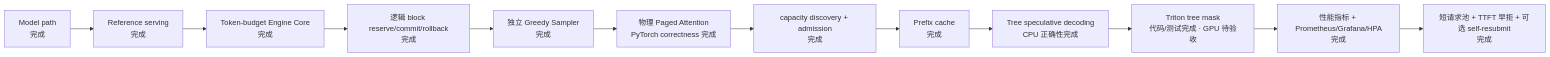
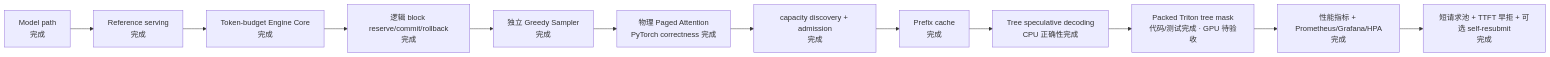
One commit to poorpaper/light-vllm changed the third of 3 diagrams in docs/design.md. Above: the diagram before and after it, drawn with Mermaid. The commit also changed other lines of this file and 18 other files, not shown here.

````diff
--- a/docs/design.md
+++ b/docs/design.md
@@ -381,14 +383,14 @@
 ```mermaid
 flowchart LR
     Model["Model path<br/>完成"] --> Serving["Reference serving<br/>完成"]
     Serving --> Core["Token-budget Engine Core<br/>完成"]
     Core --> Logical["逻辑 block reserve/commit/rollback<br/>完成"]
     Logical --> Sampling["独立 Greedy Sampler<br/>完成"]
     Sampling --> Paged["物理 Paged Attention<br/>PyTorch correctness 完成"]
     Paged --> Capacity["capacity discovery + admission<br/>完成"]
     Capacity --> Prefix["Prefix cache<br/>完成"]
     Prefix --> Spec["Tree speculative decoding<br/>CPU 正确性完成"]
-    Spec --> Kernel["Triton tree mask<br/>代码/测试完成 · GPU 待验收"]
+    Spec --> Kernel["Packed Triton tree mask<br/>代码/测试完成 · GPU 待验收"]
     Kernel --> Metrics["性能指标 + Prometheus/Grafana/HPA<br/>完成"]
     Metrics --> SLO["短请求池 + TTFT 早拒 + 可选 self-resubmit<br/>完成"]
 ```
````
